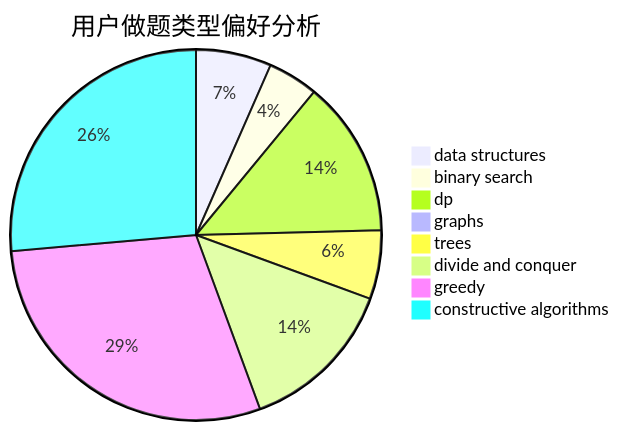
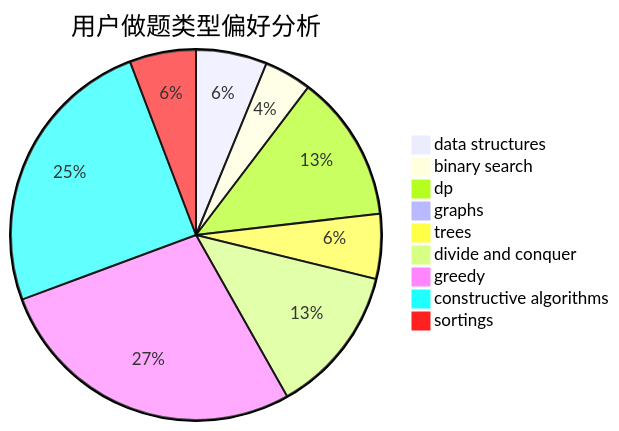
The second of 3 diagrams in docs/user/u1986.md (sherpahu/cfrs.github.io), drawn with Mermaid before and after one commit. The commit also changed other lines of this file and 2769 other files, not shown here.

````diff
--- a/docs/user/u1986.md
+++ b/docs/user/u1986.md
@@ -23,11 +18,12 @@
 ```mermaid
 pie title 用户做题类型偏好分析
     "data structures" :  135
     "binary search" :  90
     "dp" :  279
     "graphs" :  15
     "trees" :  123
     "divide and conquer" :  283
     "greedy" :  599
     "constructive algorithms" :  541
+    "sortings" :  126
 ```
````
